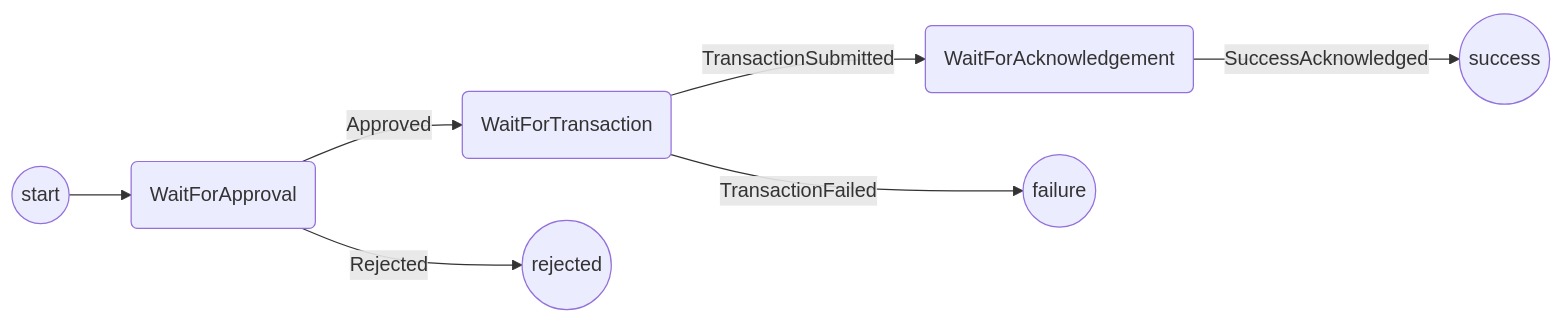
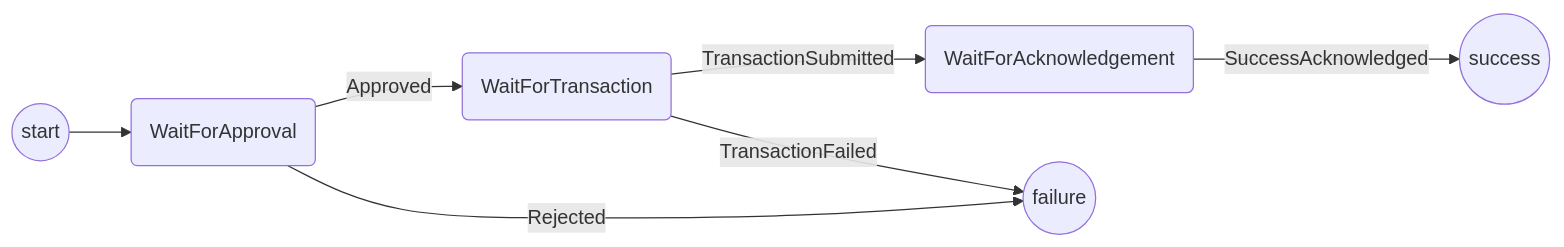
Before and after one commit to magmo/apps: the diagram in packages/wallet/src/redux/protocols/withdrawing/readme.md, drawn with Mermaid. The commit also changed 1 other file, not shown here.

Commit message:
Remove rejected state

````diff
--- a/packages/wallet/src/redux/protocols/withdrawing/readme.md
+++ b/packages/wallet/src/redux/protocols/withdrawing/readme.md
@@ -21,9 +21,9 @@
 ```mermaid
 graph LR
   St((start)) --> WFAp(WaitForApproval)
   WFAp --> |Approved| WFT(WaitForTransaction)
   WFT --> |TransactionSubmitted| WFAk(WaitForAcknowledgement)
   WFT --> |TransactionFailed| F((failure))
   WFAk --> |SuccessAcknowledged| S((success))
-  WFAp --> |Rejected| R((rejected))
+  WFAp --> |Rejected| F((failure))
 ```
````
